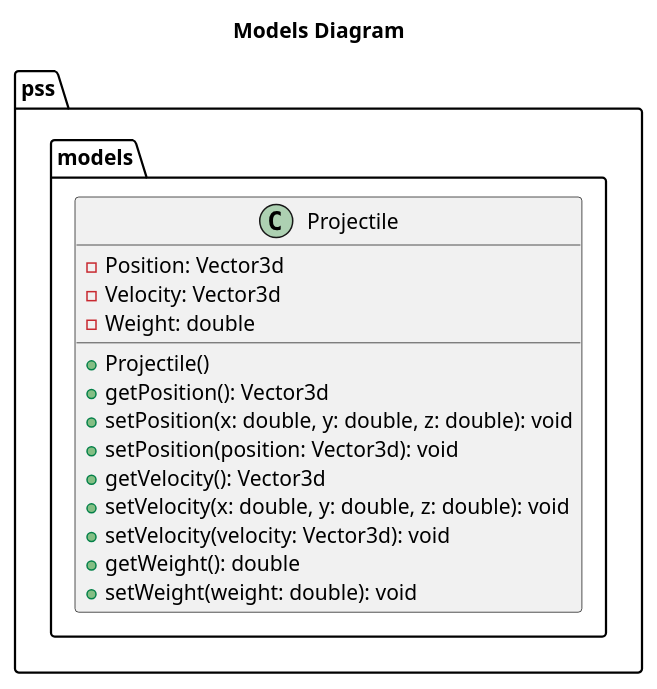
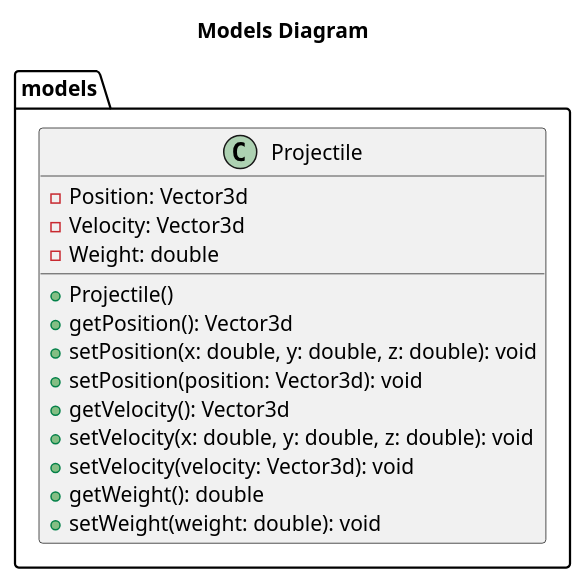
The fourth of 8 diagrams in docs/res/design.org (katanallama/projectile-simulation-suite), drawn with PlantUML before and after one commit. The commit also changed other lines of this file and 5 other files, not shown here.

Commit message:
clean up class diagrams

```diff
--- a/docs/res/design.org
+++ b/docs/res/design.org
@@ -208,23 +208,23 @@
 #+begin_src plantuml :file projectile.png
 @startuml
 title Models Diagram
 
-package pss.models {
+package models {
     class "Projectile" as Projectile {
         -Position: Vector3d
         -Velocity: Vector3d
         -Weight: double
         +Projectile()
         +getPosition(): Vector3d
         +setPosition(x: double, y: double, z: double): void
         +setPosition(position: Vector3d): void
         +getVelocity(): Vector3d
         +setVelocity(x: double, y: double, z: double): void
         +setVelocity(velocity: Vector3d): void
         +getWeight(): double
         +setWeight(weight: double): void
     }
 }
 
 @enduml
 #+end_src
```
